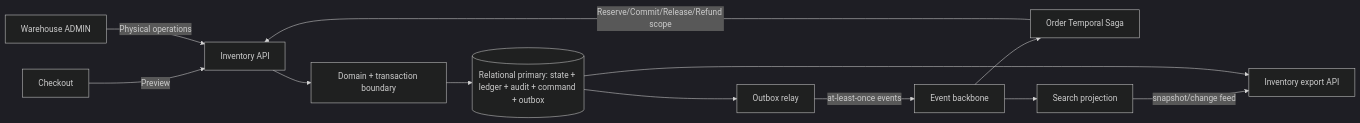
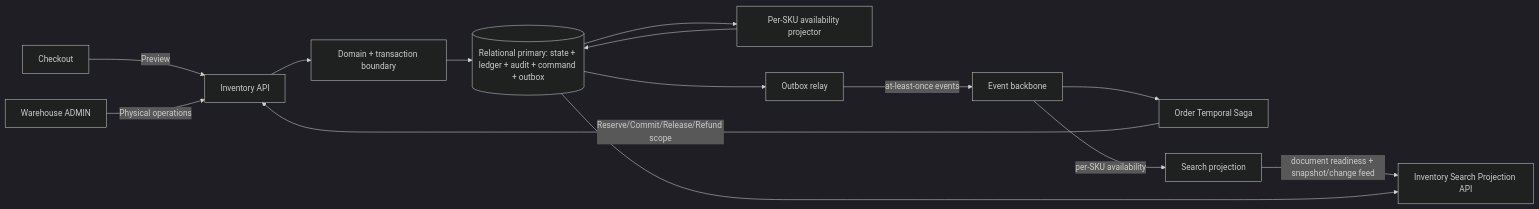
One commit to quangdung2110/e-commerce-microservices changed the diagram in docs/inventory/architecture.md. Above: the diagram before and after it, drawn with Mermaid (dark theme). The commit also changed other lines of this file and 13 other files, not shown here.

First line of the commit message:
docs(inventory): own per-SKU Search availability

````diff
--- a/docs/inventory/architecture.md
+++ b/docs/inventory/architecture.md
@@ -13,14 +13,16 @@
 ```mermaid
 flowchart LR
   Checkout -->|Preview| API[Inventory API]
   Order[Order Temporal Saga] -->|Reserve/Commit/Release/Refund scope| API
   Admin[Warehouse ADMIN] -->|Physical operations| API
   API --> Domain[Domain + transaction boundary]
   Domain --> DB[(Relational primary: state + ledger + audit + command + outbox)]
+  DB --> AP[Per-SKU availability projector]
+  AP --> DB
   Relay[Outbox relay] -->|at-least-once events| Bus[Event backbone]
   DB --> Relay
   Bus --> Order
-  Bus --> Search[Search projection]
-  Search -->|snapshot/change feed| Export[Inventory export API]
+  Bus -->|per-SKU availability| Search[Search projection]
+  Search -->|document readiness + snapshot/change feed| Export[Inventory Search Projection API]
   DB --> Export
 ```
````
